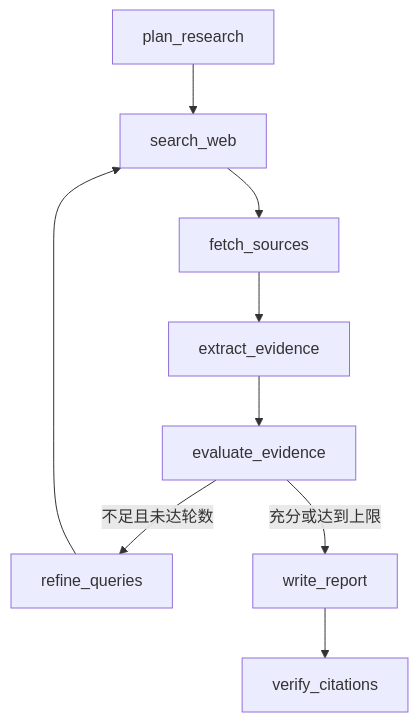
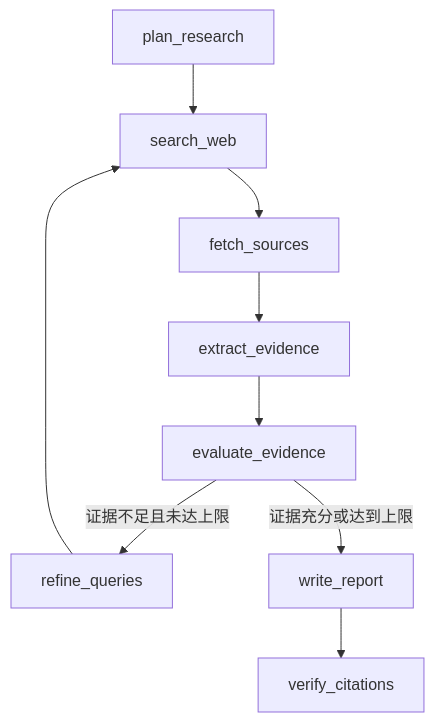
Before and after one commit to Vonllya/EvidencePilot: the diagram in README.md, drawn with Mermaid. The commit also changed other lines of this file, not shown here.

````diff
--- a/README.md
+++ b/README.md
@@ -24,11 +17,11 @@
 ```mermaid
 flowchart TD
     A[plan_research] --> B[search_web]
     B --> C[fetch_sources]
     C --> D[extract_evidence]
     D --> E[evaluate_evidence]
-    E -->|不足且未达轮数| F[refine_queries]
+    E -->|证据不足且未达上限| F[refine_queries]
     F --> B
-    E -->|充分或达到上限| G[write_report]
+    E -->|证据充分或达到上限| G[write_report]
     G --> H[verify_citations]
 ```
````
